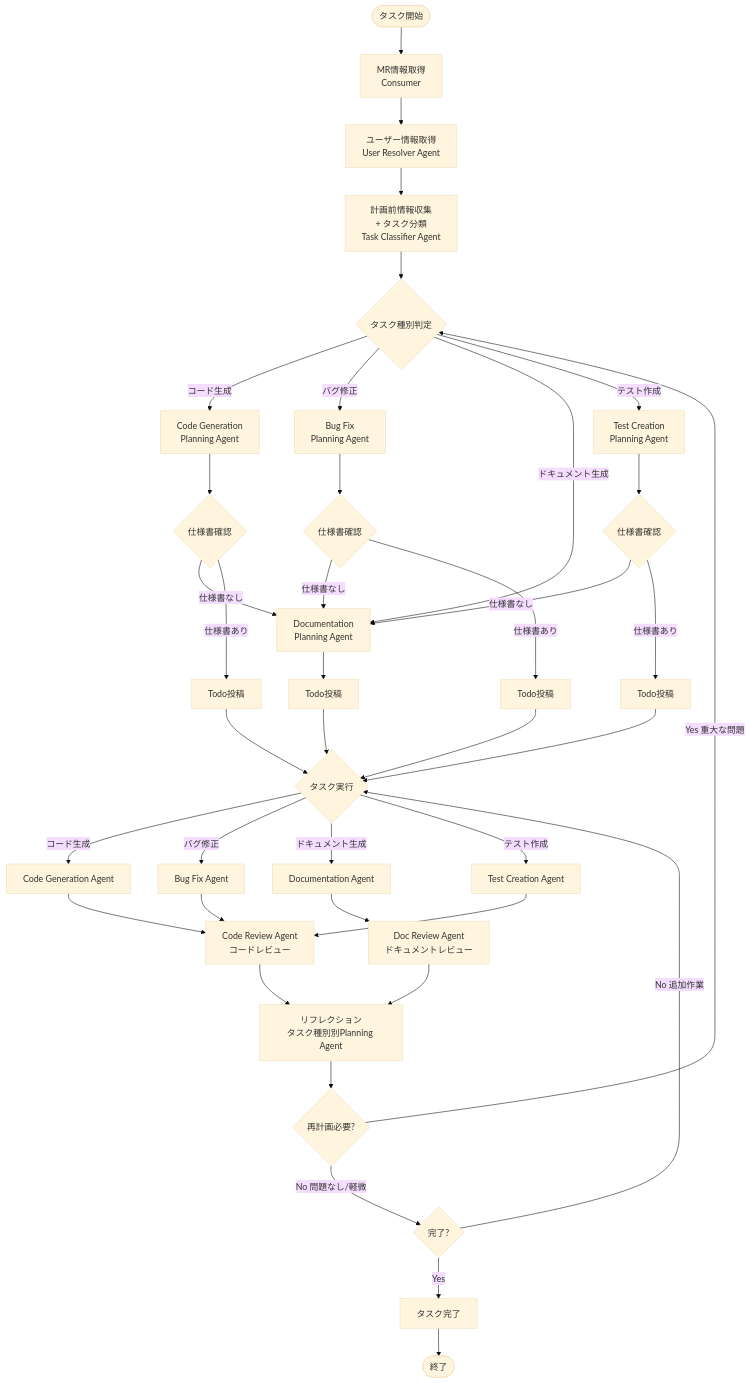
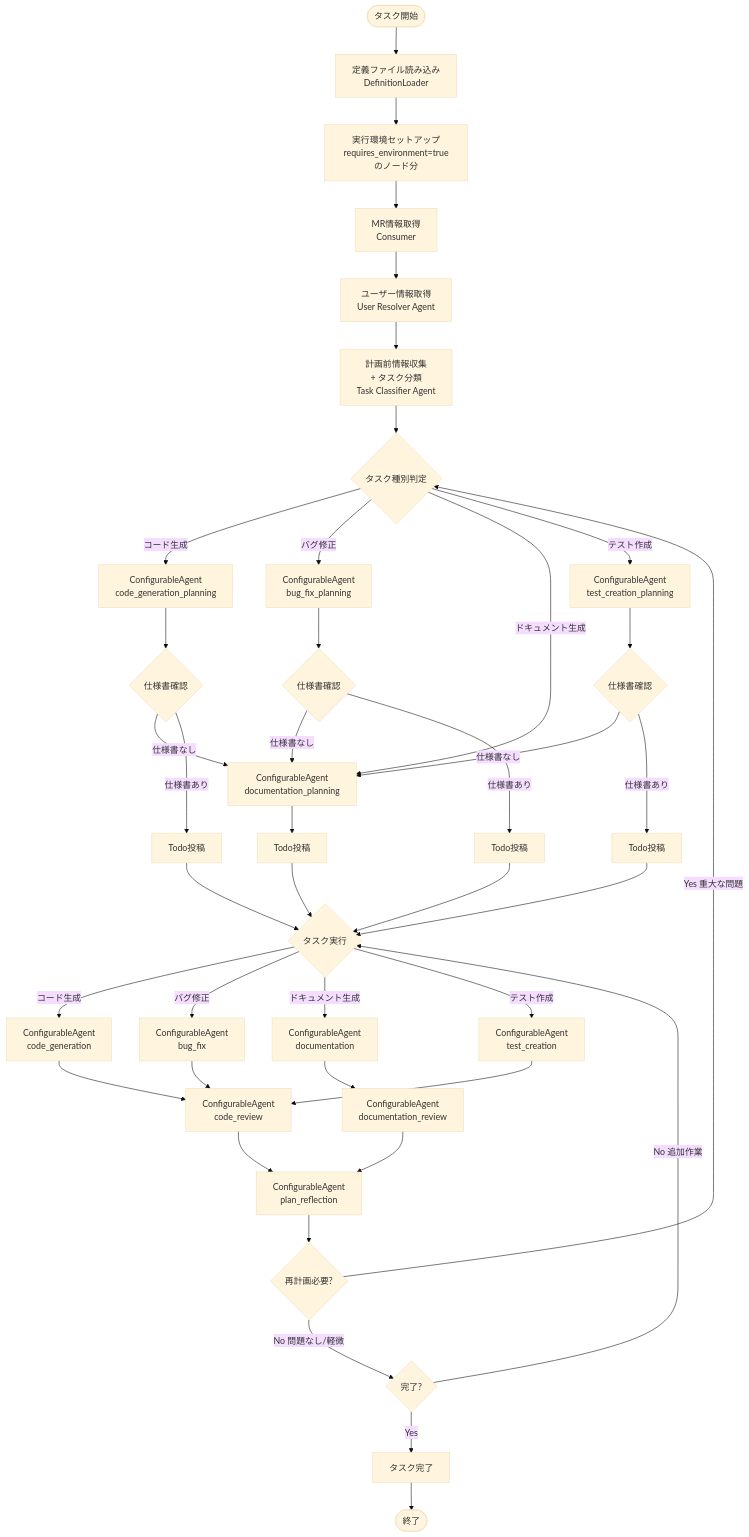
Before and after one commit to notfolder/CodeAgentOrchestrator: the seventh of 15 diagrams in docs/CODE_AGENT_ORCHESTRATOR_SPEC.md, drawn with Mermaid (base theme). The commit also changed other lines of this file, not shown here.

Commit message:
CODE_AGENT_ORCHESTRATOR_SPEC.md: 設定ベースのエージェント設計に更新

````diff
--- a/docs/CODE_AGENT_ORCHESTRATOR_SPEC.md
+++ b/docs/CODE_AGENT_ORCHESTRATOR_SPEC.md
@@ -1395,55 +1444,57 @@
 ```mermaid
 flowchart TD
-    Start([タスク開始]) --> Fetch[MR情報取得<br/>Consumer]
+    Start([タスク開始]) --> LoadDef[定義ファイル読み込み<br/>DefinitionLoader]
+    LoadDef --> SetupEnv[実行環境セットアップ<br/>requires_environment=trueのノード分]
+    SetupEnv --> Fetch[MR情報取得<br/>Consumer]
     Fetch --> UserResolve[ユーザー情報取得<br/>User Resolver Agent]
     UserResolve --> PrePlanning[計画前情報収集<br/>+ タスク分類<br/>Task Classifier Agent]
     
     PrePlanning --> TaskType{タスク種別判定}
     
-    TaskType -->|コード生成| CodeGenPlanning[Code Generation<br/>Planning Agent]
-    TaskType -->|バグ修正| BugFixPlanning[Bug Fix<br/>Planning Agent]
-    TaskType -->|ドキュメント生成| DocPlanning[Documentation<br/>Planning Agent]
-    TaskType -->|テスト作成| TestPlanning[Test Creation<br/>Planning Agent]
+    TaskType -->|コード生成| CodeGenPlanning[ConfigurableAgent<br/>code_generation_planning]
+    TaskType -->|バグ修正| BugFixPlanning[ConfigurableAgent<br/>bug_fix_planning]
+    TaskType -->|ドキュメント生成| DocPlanning[ConfigurableAgent<br/>documentation_planning]
+    TaskType -->|テスト作成| TestPlanning[ConfigurableAgent<br/>test_creation_planning]
     
     CodeGenPlanning --> CodeGenSpec{仕様書確認}
     CodeGenSpec -->|仕様書なし| DocPlanning
     CodeGenSpec -->|仕様書あり| CodeGenTodo[Todo投稿]
     
     BugFixPlanning --> BugFixSpec{仕様書確認}
     BugFixSpec -->|仕様書なし| DocPlanning
     BugFixSpec -->|仕様書あり| BugFixTodo[Todo投稿]
     
     TestPlanning --> TestSpec{仕様書確認}
     TestSpec -->|仕様書なし| DocPlanning
     TestSpec -->|仕様書あり| TestTodo[Todo投稿]
     
     DocPlanning --> DocTodo[Todo投稿]
     
     CodeGenTodo --> Execute
     BugFixTodo --> Execute
     TestTodo --> Execute
     DocTodo --> Execute
     
     Execute{タスク実行}
-    Execute -->|コード生成| CodeGen[Code Generation Agent]
-    Execute -->|バグ修正| BugFix[Bug Fix Agent]
-    Execute -->|ドキュメント生成| DocGen[Documentation Agent]
-    Execute -->|テスト作成| TestGen[Test Creation Agent]
+    Execute -->|コード生成| CodeGen[ConfigurableAgent<br/>code_generation]
+    Execute -->|バグ修正| BugFix[ConfigurableAgent<br/>bug_fix]
+    Execute -->|ドキュメント生成| DocGen[ConfigurableAgent<br/>documentation]
+    Execute -->|テスト作成| TestGen[ConfigurableAgent<br/>test_creation]
     
-    CodeGen --> CodeReview[Code Review Agent<br/>コードレビュー]
+    CodeGen --> CodeReview[ConfigurableAgent<br/>code_review]
     BugFix --> CodeReview
     TestGen --> CodeReview
-    DocGen --> DocReview[Doc Review Agent<br/>ドキュメントレビュー]
+    DocGen --> DocReview[ConfigurableAgent<br/>documentation_review]
     
-    CodeReview --> Reflection[リフレクション<br/>タスク種別別Planning Agent]
+    CodeReview --> Reflection[ConfigurableAgent<br/>plan_reflection]
     DocReview --> Reflection
     
     Reflection --> ReplanCheck{再計画必要?}
     ReplanCheck -->|Yes 重大な問題| TaskType
     ReplanCheck -->|No 問題なし/軽微| Complete{完了?}
     
     Complete -->|No 追加作業| Execute
     Complete -->|Yes| Finish[タスク完了]
     
     Finish --> End([終了])
 ```
````
